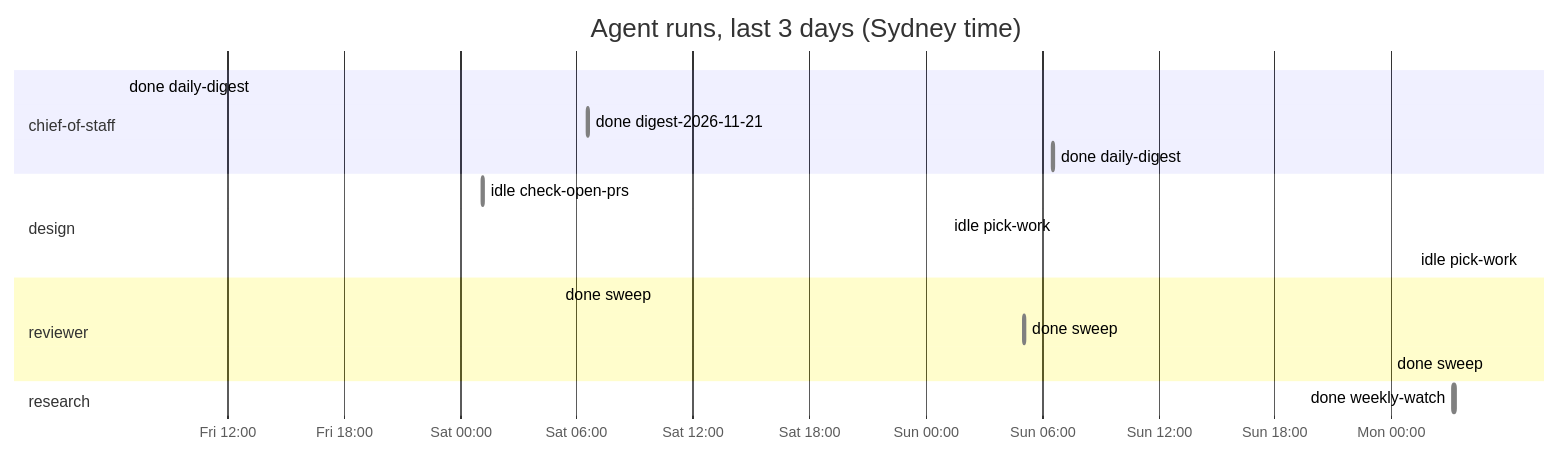
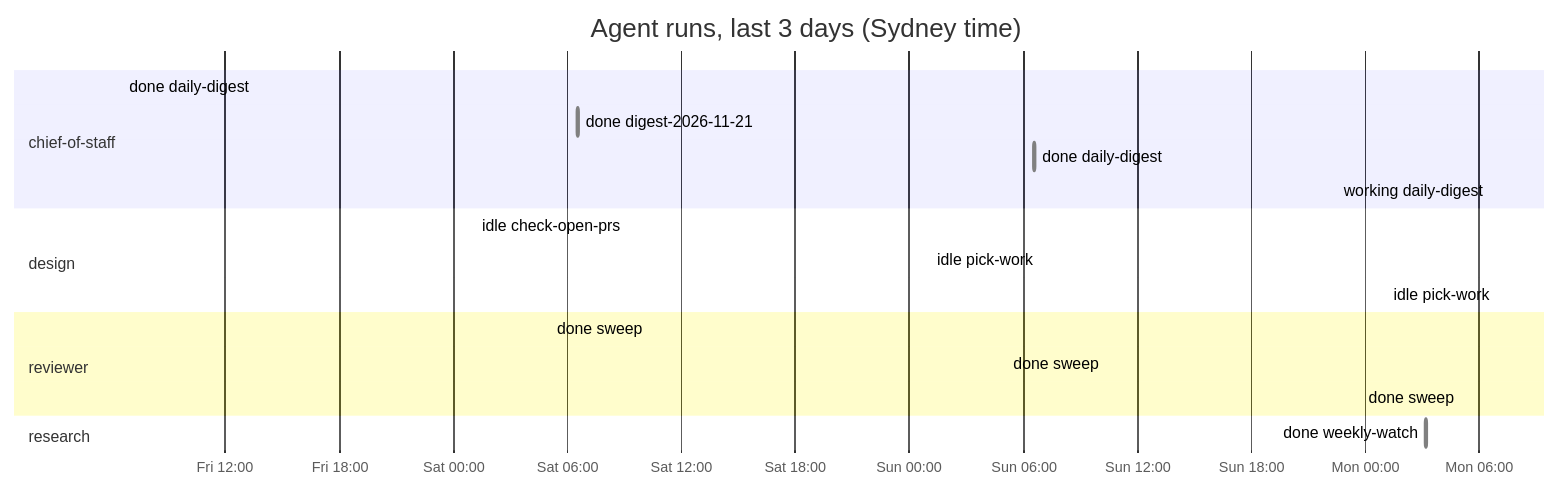
One commit to roulmediateam-byte/fifteen-expert-hq changed the diagram in dashboard.md. Above: the diagram before and after it, drawn with Mermaid. The commit also changed other lines of this file and 1 other file, not shown here.

````diff
--- a/dashboard.md
+++ b/dashboard.md
@@ -50,20 +50,21 @@
 ```mermaid
 gantt
     title Agent runs, last 3 days (Sydney time)
     dateFormat YYYY-MM-DD HH:mm
     axisFormat %a %H:%M
     section chief-of-staff
     done daily-digest :done, 2026-11-20 06:35, 2026-11-20 06:37
     done digest-2026-11-21 :done, 2026-11-21 06:34, 2026-11-21 06:36
     done daily-digest :done, 2026-11-22 06:34, 2026-11-22 06:36
+    working daily-digest :active, 2026-11-23 06:35, 2026-11-23 06:35
     section design
     idle check-open-prs :done, 2026-11-21 01:10, 2026-11-21 01:11
     idle pick-work :done, 2026-11-22 01:08, 2026-11-22 01:08
     idle pick-work :done, 2026-11-23 01:08, 2026-11-23 01:09
     section reviewer
     done sweep :done, 2026-11-21 05:05, 2026-11-21 05:06
     done sweep :done, 2026-11-22 05:05, 2026-11-22 05:06
     done sweep :done, 2026-11-23 05:04, 2026-11-23 05:06
     section research
     done weekly-watch :done, 2026-11-23 03:10, 2026-11-23 03:17
 ```
````
